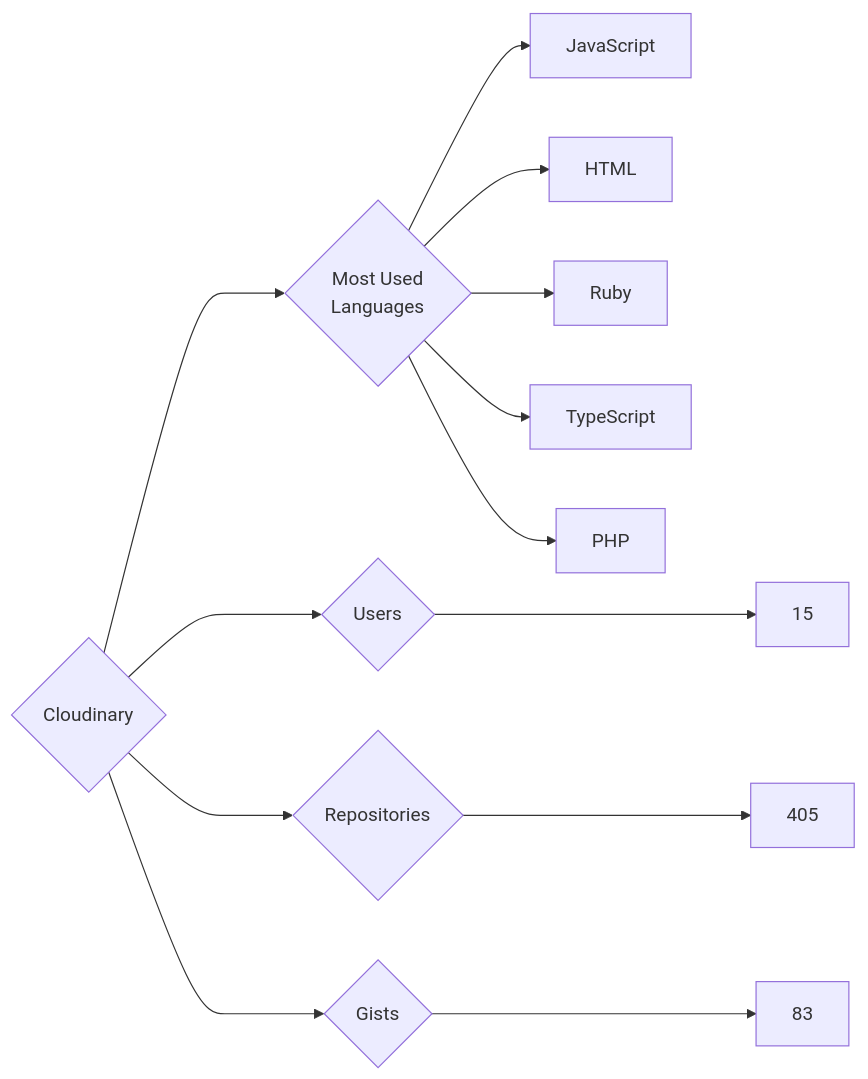
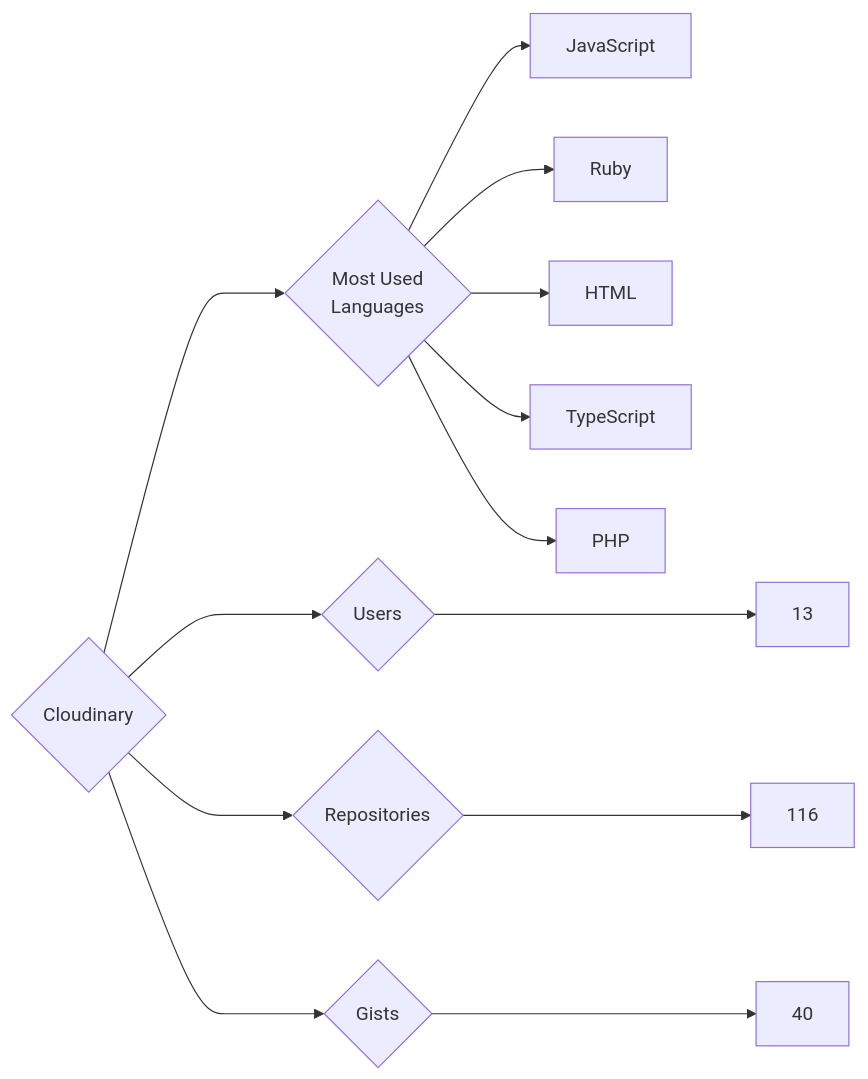
Before and after one commit to trickest/insiders: the diagram in targets/Cloudinary/README.md, drawn with Mermaid. The commit also changed 682 other files, not shown here.

````diff
--- a/targets/Cloudinary/README.md
+++ b/targets/Cloudinary/README.md
@@ -3,13 +3,13 @@
 ```mermaid
 graph LR
 COMPANY_NAME{Cloudinary}
-COMPANY_NAME ---> U{Users} ---> UN[15]
-COMPANY_NAME ---> R{Repositories} ---> RN[405]
-COMPANY_NAME ---> G{Gists} ---> GN[83]
+COMPANY_NAME ---> U{Users} ---> UN[13]
+COMPANY_NAME ---> R{Repositories} ---> RN[116]
+COMPANY_NAME ---> G{Gists} ---> GN[40]
 COMPANY_NAME ---> ML{Most Used<br>Languages}
 ML --> JavaScript[JavaScript]
+ML --> Ruby[Ruby]
 ML --> HTML[HTML]
-ML --> Ruby[Ruby]
 ML --> TypeScript[TypeScript]
 ML --> PHP[PHP]
 ```
````
